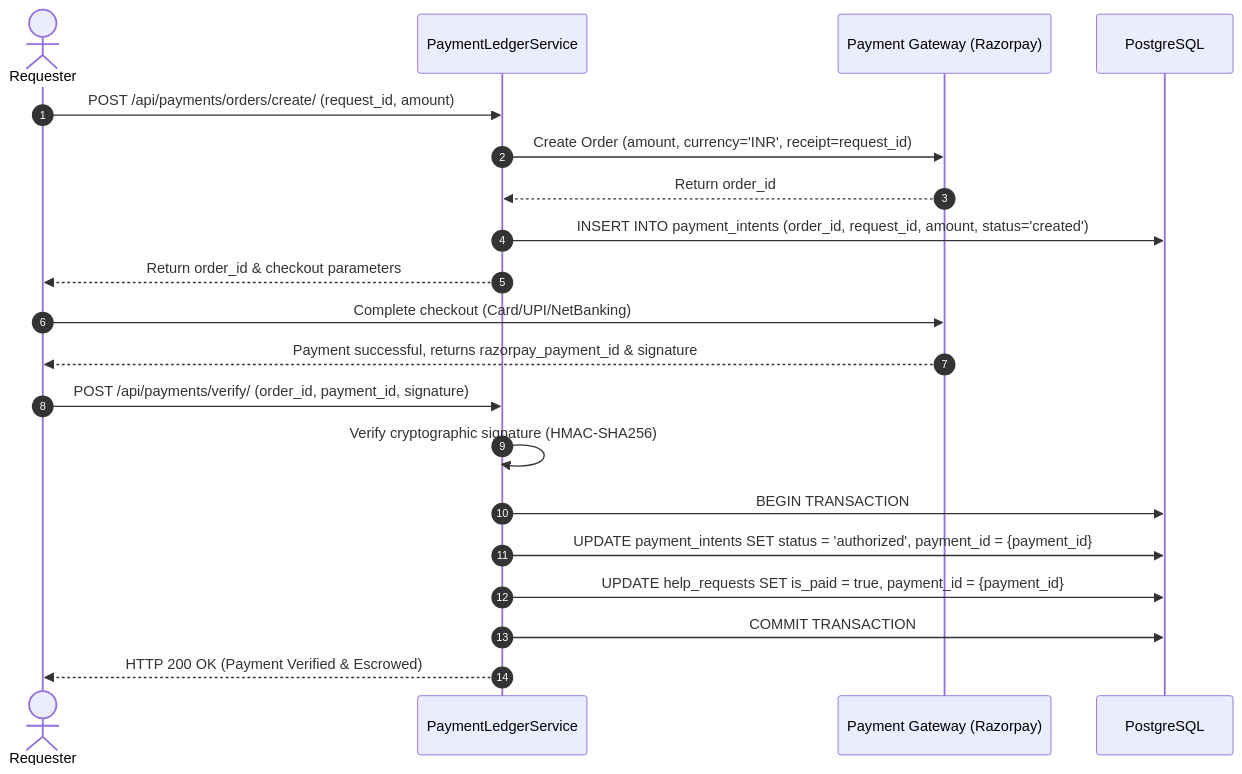
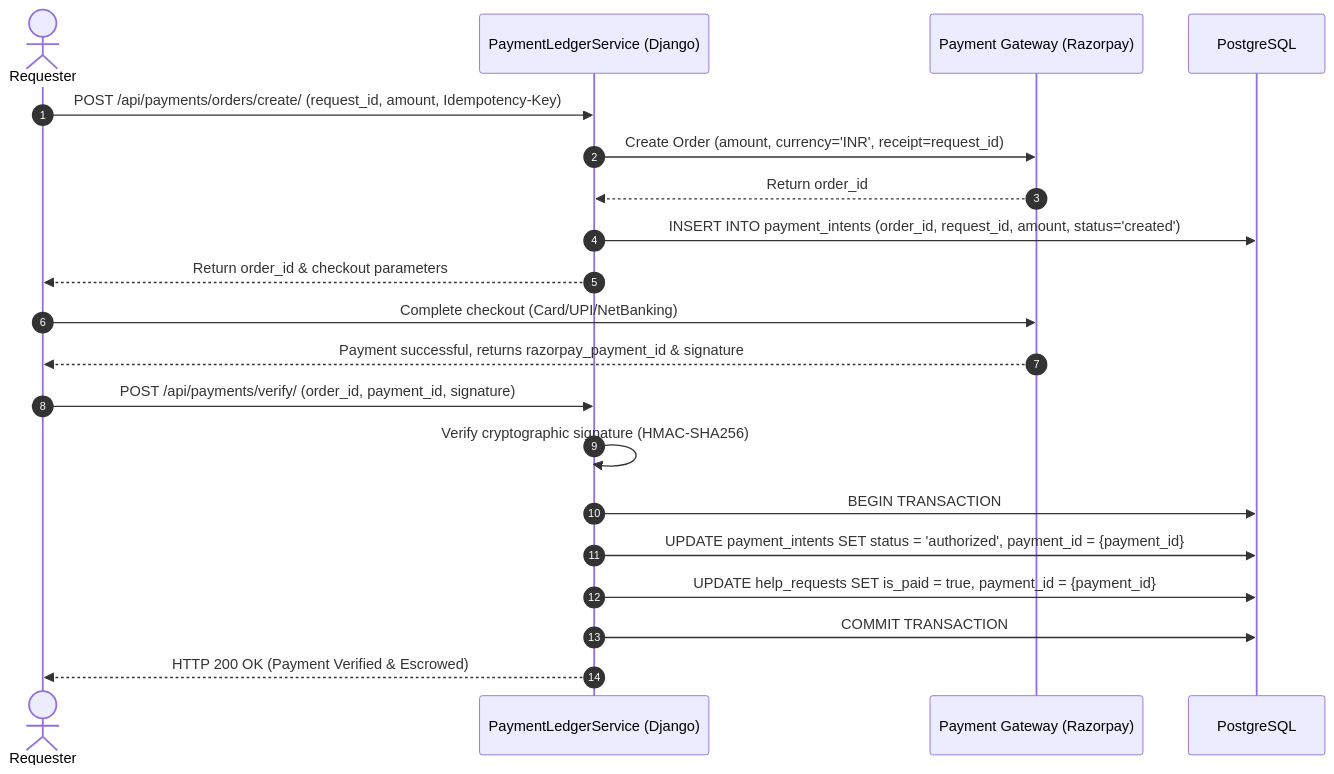
Before and after one commit to gctrupti/hoodi: the fifth of 9 diagrams in docs/system-design.md, drawn with Mermaid. The commit also changed other lines of this file and 6 other files, not shown here.

Commit message:
docs(architecture): update system design blueprint, ADRs, and database migration audit scripts

````diff
--- a/docs/system-design.md
+++ b/docs/system-design.md
@@ -338,23 +340,23 @@
 ```mermaid
 sequenceDiagram
     autonumber
     actor Requester as Requester
-    participant API as PaymentLedgerService
+    participant API as PaymentLedgerService (Django)
     participant PG as Payment Gateway (Razorpay)
     participant DB as PostgreSQL
 
-    Requester->>API: POST /api/payments/orders/create/ (request_id, amount)
+    Requester->>API: POST /api/payments/orders/create/ (request_id, amount, Idempotency-Key)
     API->>PG: Create Order (amount, currency='INR', receipt=request_id)
     PG-->>API: Return order_id
     API->>DB: INSERT INTO payment_intents (order_id, request_id, amount, status='created')
     API-->>Requester: Return order_id & checkout parameters
     Requester->>PG: Complete checkout (Card/UPI/NetBanking)
     PG-->>Requester: Payment successful, returns razorpay_payment_id & signature
     Requester->>API: POST /api/payments/verify/ (order_id, payment_id, signature)
     API->>API: Verify cryptographic signature (HMAC-SHA256)
     API->>DB: BEGIN TRANSACTION
     API->>DB: UPDATE payment_intents SET status = 'authorized', payment_id = {payment_id}
     API->>DB: UPDATE help_requests SET is_paid = true, payment_id = {payment_id}
     API->>DB: COMMIT TRANSACTION
     API-->>Requester: HTTP 200 OK (Payment Verified & Escrowed)
 ```
````
